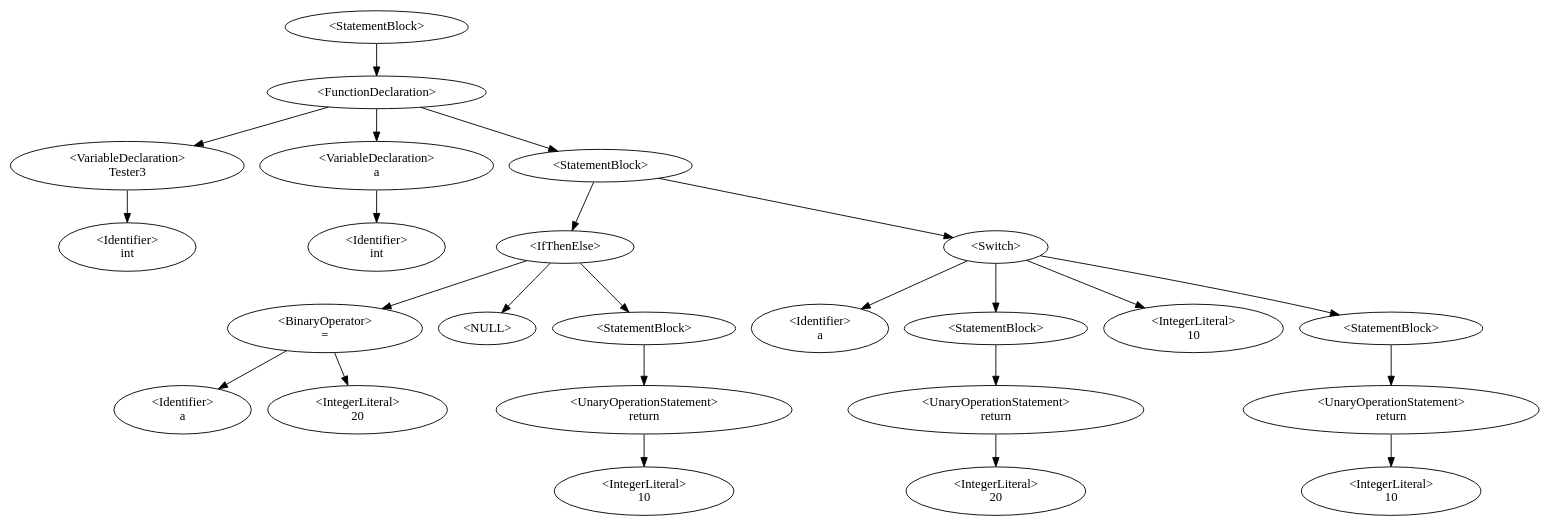
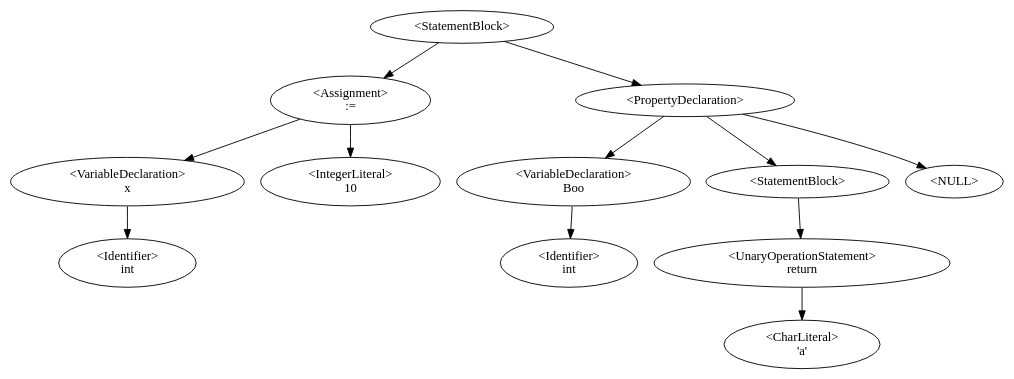
Before and after one commit to QazmoQwerty/dino: the diagram in Dino/Dino/AstDisplay.gv, drawn with Graphviz. The commit also changed 3 other files, not shown here.

```diff
--- a/Dino/Dino/AstDisplay.gv
+++ b/Dino/Dino/AstDisplay.gv
@@ -1,25 +1,13 @@
 digraph G {
-0 [label="<StatementBlock>"];0->3;
-3 [label="<FunctionDeclaration>\n"];3->2;3->5;3->6;
-2 [label="<VariableDeclaration>\nTester3"];2->1;
+0 [label="<StatementBlock>"];0->3;0->7;
+3 [label="<Assignment>\n:="];3->2;3->4;
+2 [label="<VariableDeclaration>\nx"];2->1;
 1 [label="<Identifier>\nint"];
-5 [label="<VariableDeclaration>\na"];5->4;
-4 [label="<Identifier>\nint"];
-6 [label="<StatementBlock>"];6->7;6->14;
-7 [label="<IfThenElse>"];7->9;7->-1;-1 [label="<NULL>"];7->11;
-9 [label="<BinaryOperator>\n="];9->8;9->10;
-8 [label="<Identifier>\na"];
-10 [label="<IntegerLiteral>\n20"];
-11 [label="<StatementBlock>"];11->12;
-12 [label="<UnaryOperationStatement>\nreturn"];12->13;
-13 [label="<IntegerLiteral>\n10"];
-14 [label="<Switch>"];14->15;14->20;14->16;14->17;
-15 [label="<Identifier>\na"];
-20 [label="<StatementBlock>"];20->21;
-21 [label="<UnaryOperationStatement>\nreturn"];21->22;
-22 [label="<IntegerLiteral>\n20"];
-16 [label="<IntegerLiteral>\n10"];
-17 [label="<StatementBlock>"];17->18;
-18 [label="<UnaryOperationStatement>\nreturn"];18->19;
-19 [label="<IntegerLiteral>\n10"];
+4 [label="<IntegerLiteral>\n10"];
+7 [label="<PropertyDeclaration>"];7->6;7->8;7->-1;-1 [label="<NULL>"];
+6 [label="<VariableDeclaration>\nBoo"];6->5;
+5 [label="<Identifier>\nint"];
+8 [label="<StatementBlock>"];8->9;
+9 [label="<UnaryOperationStatement>\nreturn"];9->10;
+10 [label="<CharLiteral>\n'a'"];
 }
```
